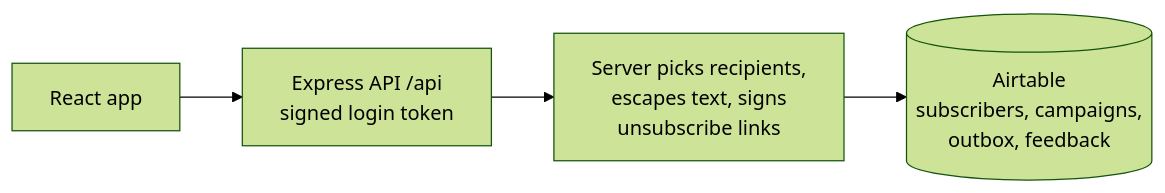
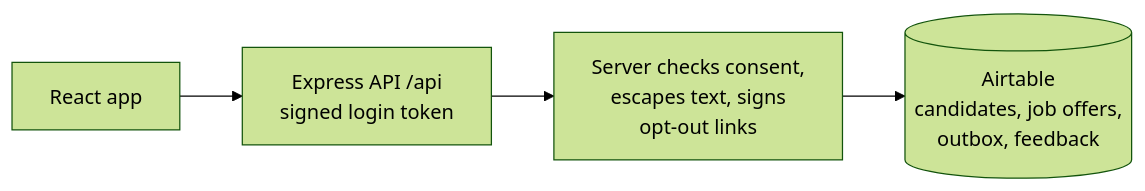
One commit to SzymonRojek/homepage changed the third of 4 diagrams in README.md. Above: the diagram before and after it, drawn with Mermaid (forest theme). The commit also changed other lines of this file and 62 other files, not shown here.

````diff
--- a/README.md
+++ b/README.md
@@ -131,6 +147,6 @@
 ```mermaid
 flowchart LR
   react["React app"] --> api["Express API /api<br/>signed login token"]
-  api --> mail["Server picks recipients,<br/>escapes text, signs<br/>unsubscribe links"]
-  mail --> airtable[("Airtable<br/>subscribers, campaigns,<br/>outbox, feedback")]
+  api --> mail["Server checks consent,<br/>escapes text, signs<br/>opt-out links"]
+  mail --> airtable[("Airtable<br/>candidates, job offers,<br/>outbox, feedback")]
 ```
````
